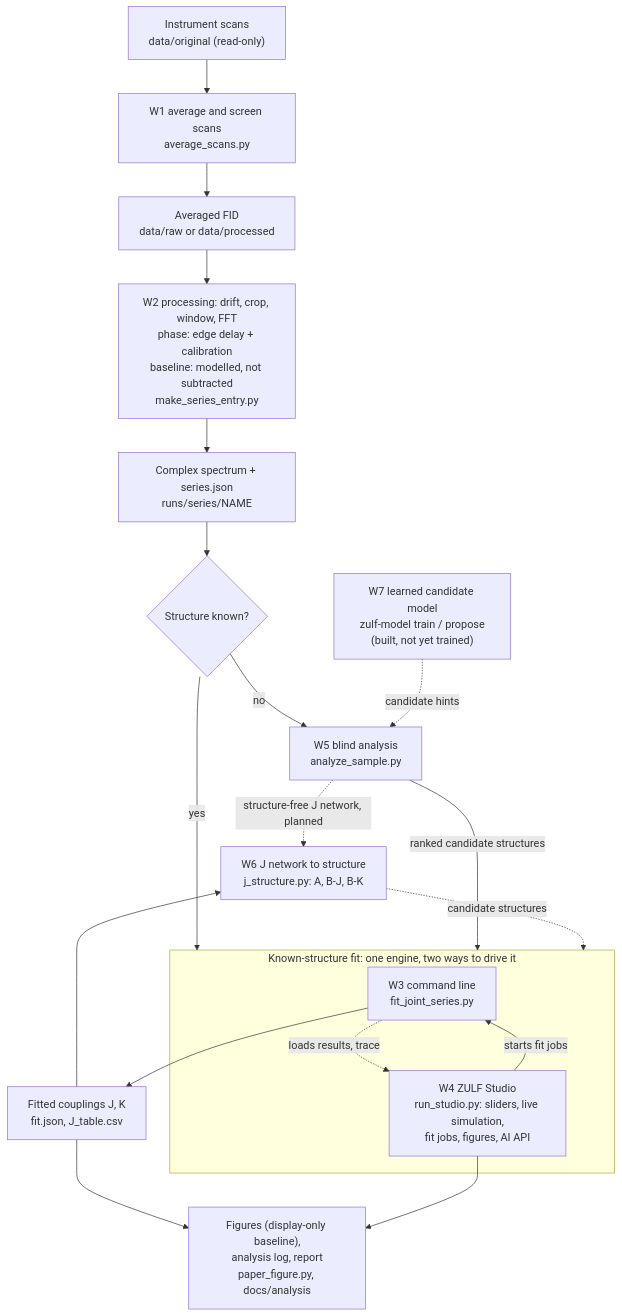
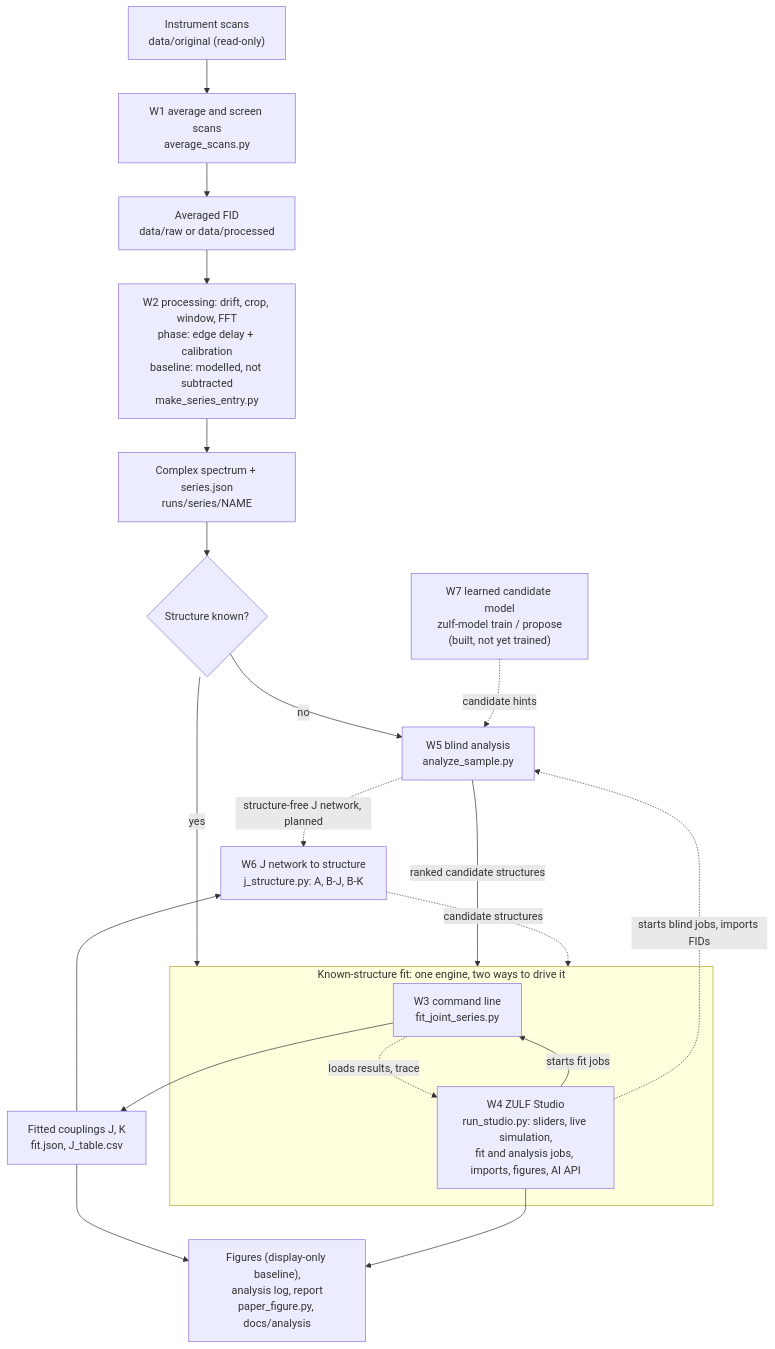
One commit to gao-xh/ZULF_Model changed the first of 8 diagrams in docs/WORKFLOW.md. Above: the diagram before and after it, drawn with Mermaid. The commit also changed other lines of this file and 7 other files, not shown here.

First line of the commit message:
feat: Studio jobs, working indicator, machine load, blind analysis and file handling

````diff
--- a/docs/WORKFLOW.md
+++ b/docs/WORKFLOW.md
@@ -17,33 +17,34 @@
 ```mermaid
 flowchart TD
     scans["Instrument scans<br/>data/original (read-only)"]
     avg["W1 average and screen scans<br/>average_scans.py"]
     fid["Averaged FID<br/>data/raw or data/processed"]
     proc["W2 processing: drift, crop, window, FFT<br/>phase: edge delay + calibration<br/>baseline: modelled, not subtracted<br/>make_series_entry.py"]
     spec["Complex spectrum + series.json<br/>runs/series/NAME"]
     known{"Structure known?"}
     blind["W5 blind analysis<br/>analyze_sample.py"]
     jnet["Fitted couplings J, K<br/>fit.json, J_table.csv"]
     j2s["W6 J network to structure<br/>j_structure.py: A, B-J, B-K"]
     report["Figures (display-only baseline),<br/>analysis log, report<br/>paper_figure.py, docs/analysis"]
     nn["W7 learned candidate model<br/>zulf-model train / propose<br/>(built, not yet trained)"]
 
     subgraph known_fit["Known-structure fit: one engine, two ways to drive it"]
         fit["W3 command line<br/>fit_joint_series.py"]
-        studio["W4 ZULF Studio<br/>run_studio.py: sliders, live simulation,<br/>fit jobs, figures, AI API"]
+        studio["W4 ZULF Studio<br/>run_studio.py: sliders, live simulation,<br/>fit and analysis jobs, imports, figures, AI API"]
         studio -- starts fit jobs --> fit
         fit -. loads results, trace .-> studio
     end
 
     scans --> avg --> fid --> proc --> spec --> known
     known -- yes --> known_fit
     known -- no --> blind
     blind -- ranked candidate structures --> known_fit
+    studio -. starts blind jobs, imports FIDs .-> blind
     blind -. structure-free J network, planned .-> j2s
     fit --> jnet
     jnet --> j2s
     j2s -. candidate structures .-> known_fit
     jnet --> report
     studio --> report
     nn -. candidate hints .-> blind
 ```
````
